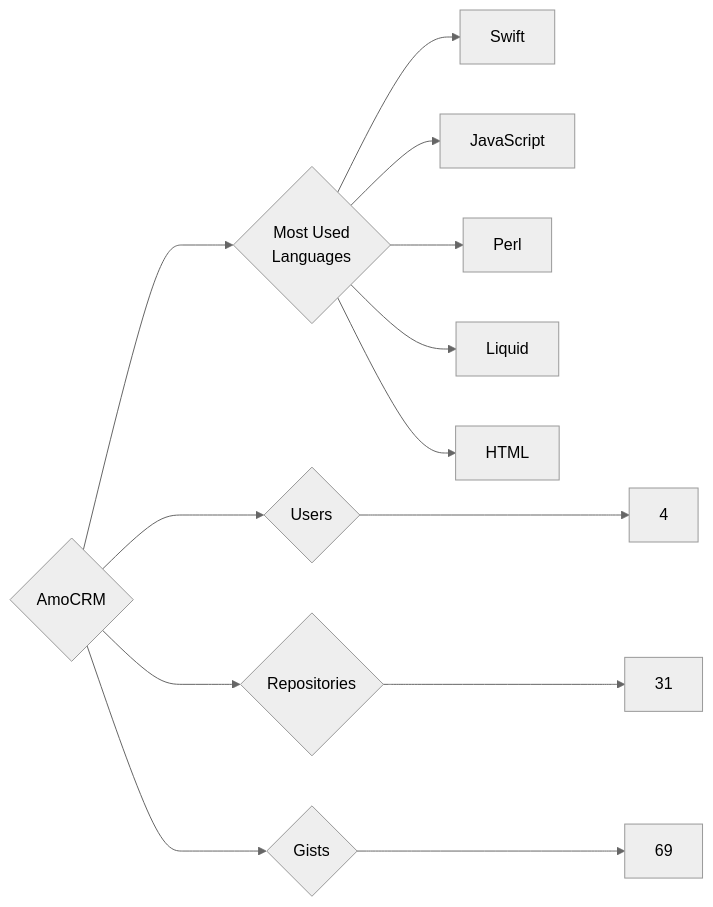
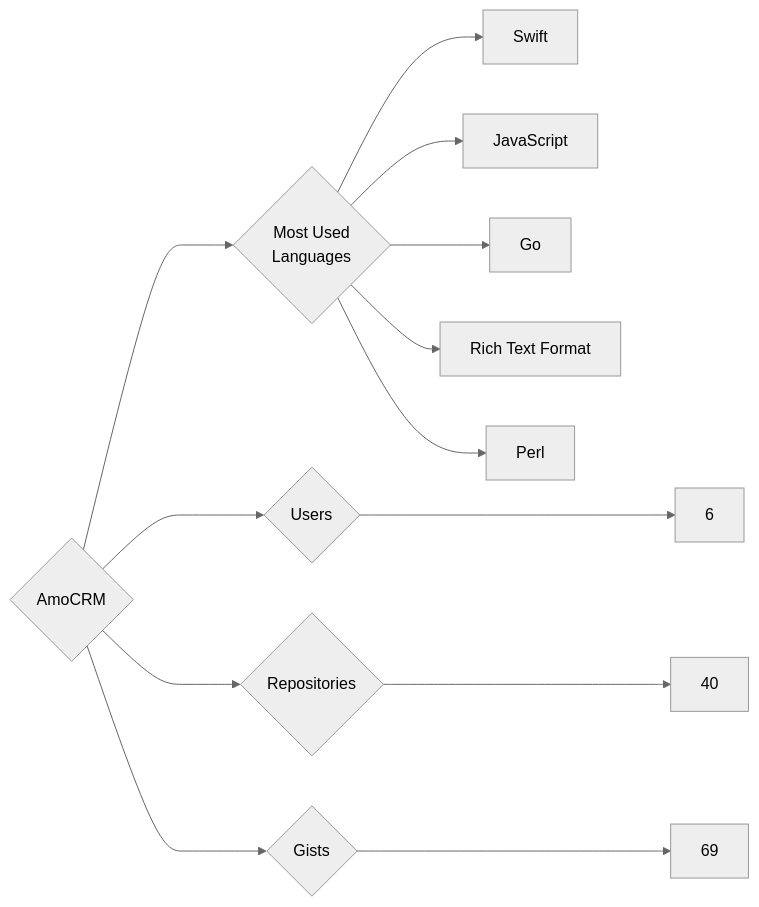
Before and after one commit to trickest/insiders: the diagram in targets/AmoCRM/README.md, drawn with Mermaid (neutral theme). The commit also changed 1314 other files, not shown here.

````diff
--- a/targets/AmoCRM/README.md
+++ b/targets/AmoCRM/README.md
@@ -3,13 +3,13 @@
 ```mermaid
 graph LR
 COMPANY_NAME{AmoCRM}
-COMPANY_NAME ---> U{Users} ---> UN[4]
-COMPANY_NAME ---> R{Repositories} ---> RN[31]
+COMPANY_NAME ---> U{Users} ---> UN[6]
+COMPANY_NAME ---> R{Repositories} ---> RN[40]
 COMPANY_NAME ---> G{Gists} ---> GN[69]
 COMPANY_NAME ---> ML{Most Used<br>Languages}
 ML --> Swift[Swift]
 ML --> JavaScript[JavaScript]
+ML --> Go[Go]
+ML --> Rich_Text_Format[Rich Text Format]
 ML --> Perl[Perl]
-ML --> Liquid[Liquid]
-ML --> HTML[HTML]
 ```
````
